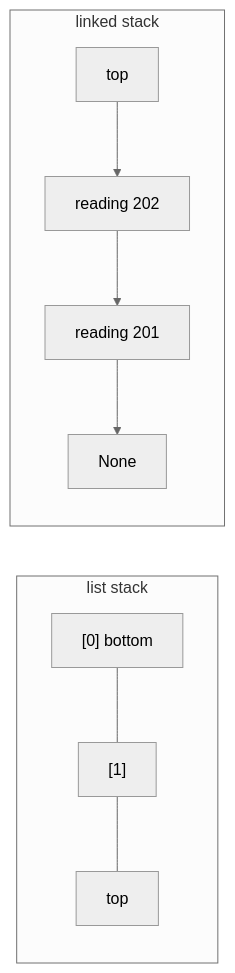
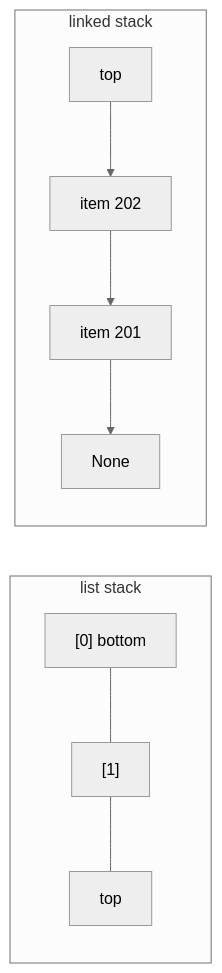
One commit to qgjones9/python-programming-guide changed the sixth of 8 diagrams in docs/dsa/data-structures/stacks/index.md. Above: the diagram before and after it, drawn with Mermaid (neutral theme). The commit also changed other lines of this file and 31 other files, not shown here.

````diff
--- a/docs/dsa/data-structures/stacks/index.md
+++ b/docs/dsa/data-structures/stacks/index.md
@@ -458,11 +458,11 @@
 ```mermaid
 flowchart LR
-  subgraph list_impl["list stack"]
-    A0["[0] bottom"] --- A1["[1]"] --- A2["top"]
-  end
-  subgraph linked_impl["linked stack"]
-    TOP["top"] --> N1["reading 202"]
-    N1 --> N2["reading 201"]
-    N2 --> NIL["None"]
-  end
+ subgraph list_impl["list stack"]
+ A0["[0] bottom"] --- A1["[1]"] --- A2["top"]
+ end
+ subgraph linked_impl["linked stack"]
+ TOP["top"] --> N1["item 202"]
+ N1 --> N2["item 201"]
+ N2 --> NIL["None"]
+ end
 ```
````
